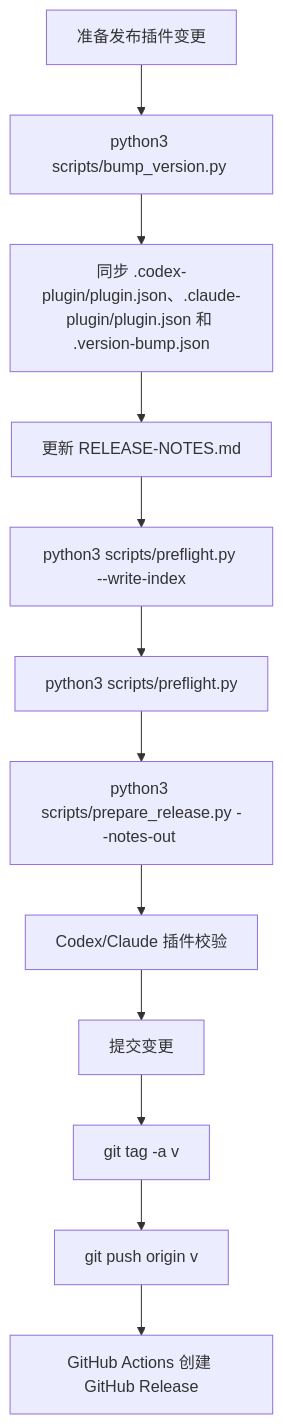
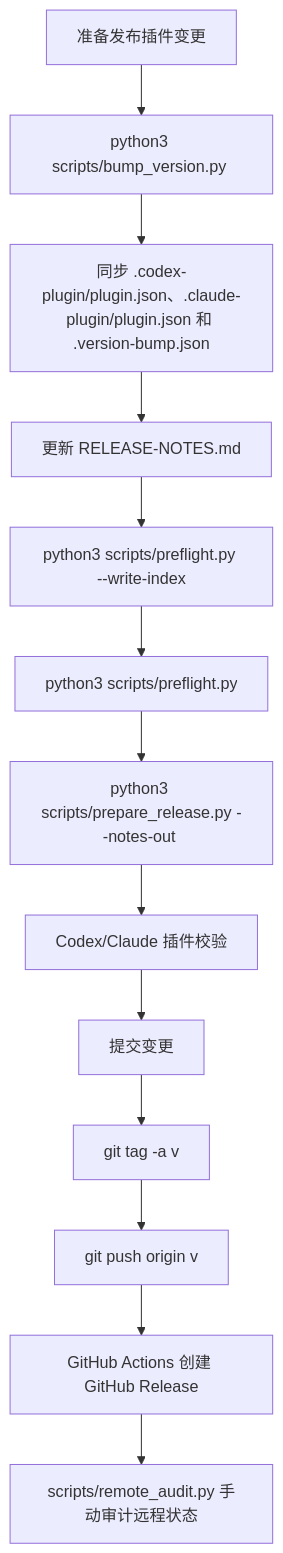
One commit to Vincen-dev/coding-plugins changed the tenth of 11 diagrams in docs/workflow-chain.md. Above: the diagram before and after it, drawn with Mermaid. The commit also changed other lines of this file and 29 other files, not shown here.

````diff
--- a/docs/workflow-chain.md
+++ b/docs/workflow-chain.md
@@ -310,14 +310,15 @@
 ```mermaid
 flowchart TD
   A["准备发布插件变更"] --> B["python3 scripts/bump_version.py <version>"]
   B --> C["同步 .codex-plugin/plugin.json、.claude-plugin/plugin.json 和 .version-bump.json"]
   C --> D["更新 RELEASE-NOTES.md"]
   D --> E["python3 scripts/preflight.py --write-index"]
   E --> F["python3 scripts/preflight.py"]
   F --> G["python3 scripts/prepare_release.py --notes-out <file>"]
   G --> H["Codex/Claude 插件校验"]
   H --> I["提交变更"]
   I --> J["git tag -a v<version>"]
   J --> K["git push origin v<version>"]
   K --> L["GitHub Actions 创建 GitHub Release"]
+  L --> M["scripts/remote_audit.py 手动审计远程状态"]
 ```
````
